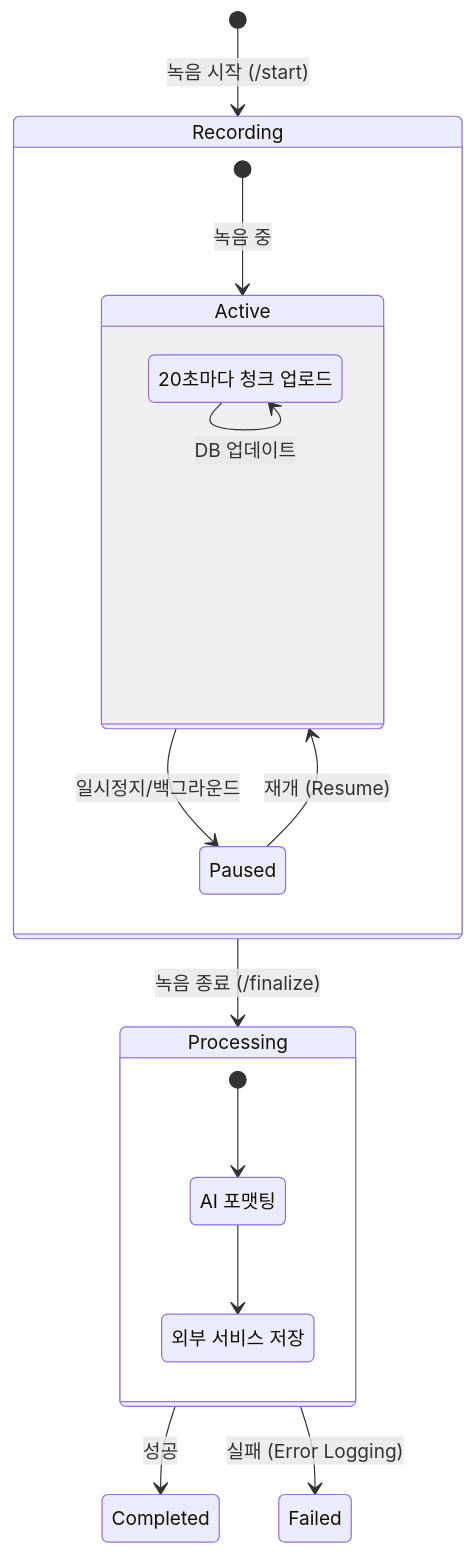
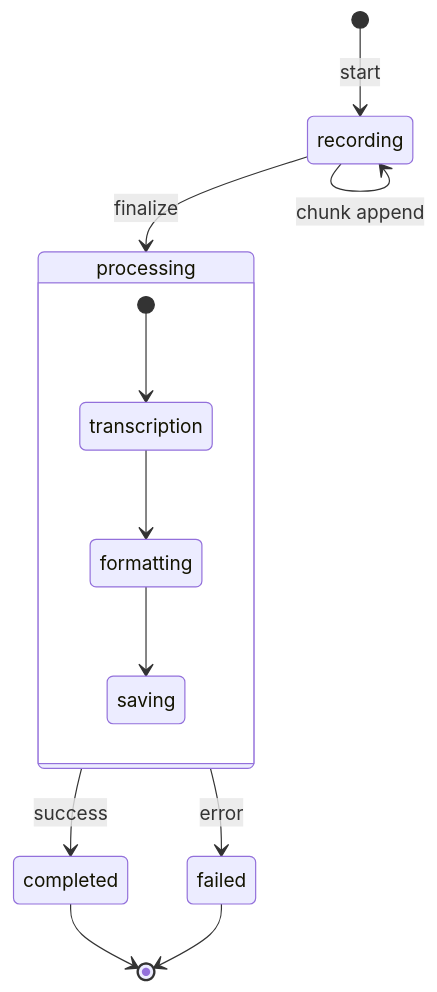
One commit to 0mininseoul/Archy changed the second of 4 diagrams in docs/SERVICE_FLOW.md. Above: the diagram before and after it, drawn with Mermaid. The commit also changed other lines of this file and 8 other files, not shown here.

````diff
--- a/docs/SERVICE_FLOW.md
+++ b/docs/SERVICE_FLOW.md
@@ -137,28 +38,17 @@
 ```mermaid
 stateDiagram-v2
-    [*] --> Recording: 녹음 시작 (/start)
-    
-    state Recording {
-        [*] --> Active: 녹음 중
-        Active --> Paused: 일시정지/백그라운드
-        Paused --> Active: 재개 (Resume)
-        
-        state Active {
-            root_active: 20초마다 청크 업로드
-            root_active --> root_active: DB 업데이트
-        }
+    [*] --> recording: start
+    recording --> recording: chunk append
+    recording --> processing: finalize
+
+    state processing {
+      [*] --> transcription
+      transcription --> formatting
+      formatting --> saving
     }
 
-    Recording --> Processing: 녹음 종료 (/finalize)
-    
-    state Processing {
-        Format: AI 포맷팅
-        Integration: 외부 서비스 저장
-        
-        [*] --> Format
-        Format --> Integration
-    }
-    
-    Processing --> Completed: 성공
-    Processing --> Failed: 실패 (Error Logging)
+    processing --> completed: success
+    processing --> failed: error
+    completed --> [*]
+    failed --> [*]
 ```
````
